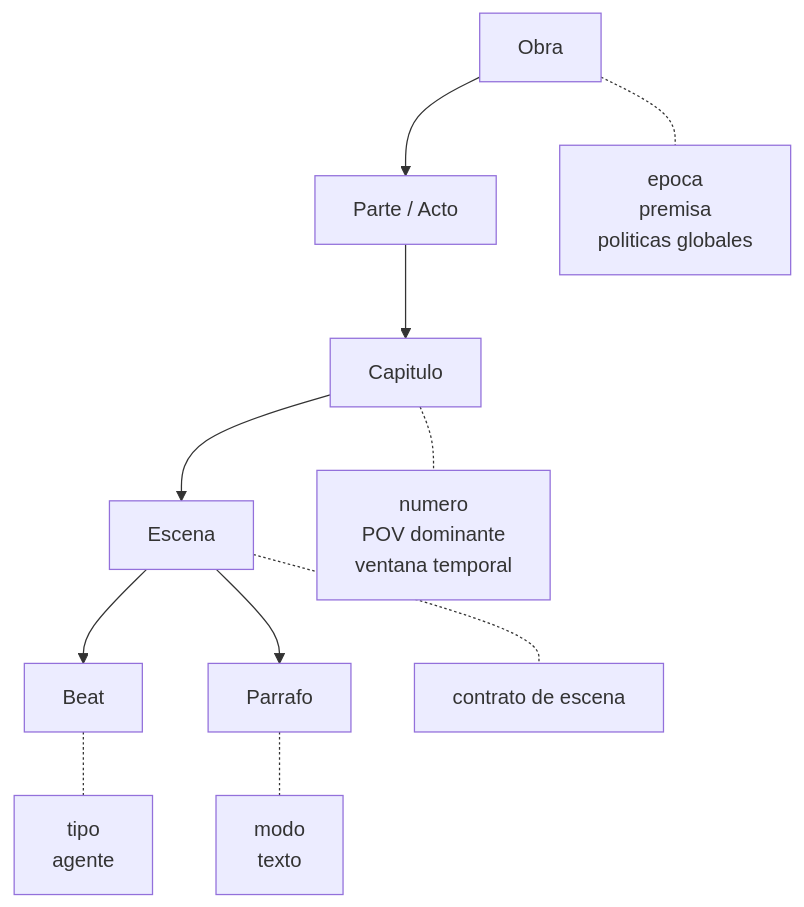
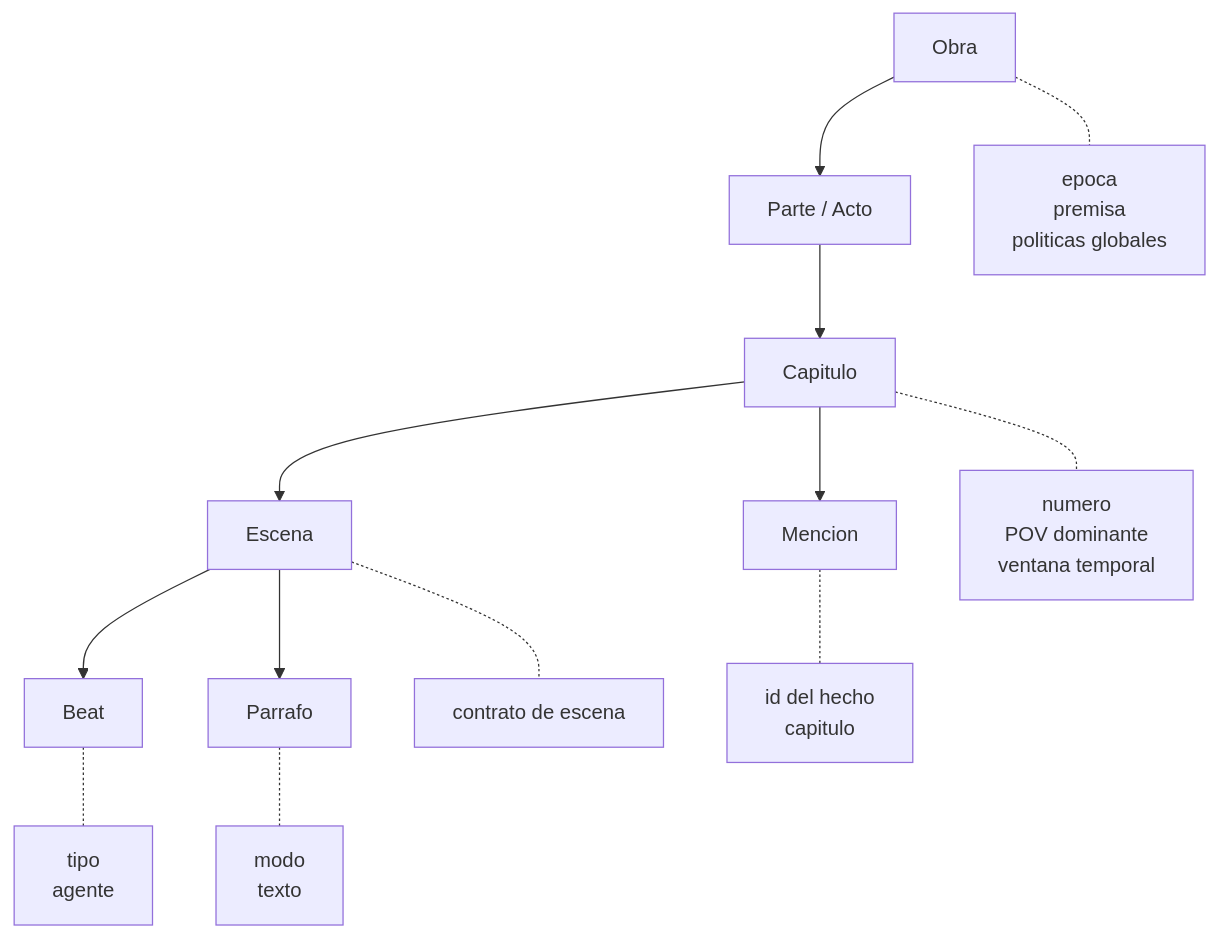
Before and after one commit to alvarofernandezqaracter/my-story-maker: the first of 9 diagrams in docs/domain-knowledge.md, drawn with Mermaid. The commit also changed other lines of this file and 3 other files, not shown here.

````diff
--- a/docs/domain-knowledge.md
+++ b/docs/domain-knowledge.md
@@ -24,13 +24,15 @@
 ```mermaid
 flowchart TD
   OBRA[Obra] --> PARTE[Parte / Acto]
   PARTE --> CAP[Capitulo]
   CAP --> ESC[Escena]
   ESC --> BEAT[Beat]
   ESC --> PAR[Parrafo]
+  CAP --> MEN[Mencion]
+  MEN -.- MA[id del hecho<br/>capitulo]
   OBRA -.- OA[epoca<br/>premisa<br/>politicas globales]
   CAP -.- CA[numero<br/>POV dominante<br/>ventana temporal]
   ESC -.- EA[contrato de escena]
   BEAT -.- BA[tipo<br/>agente]
   PAR -.- PA[modo<br/>texto]
 ```
````
